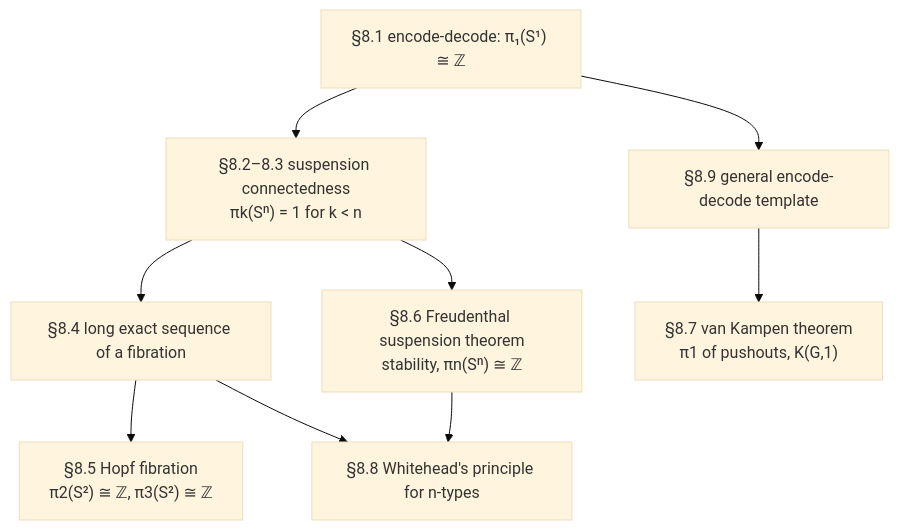
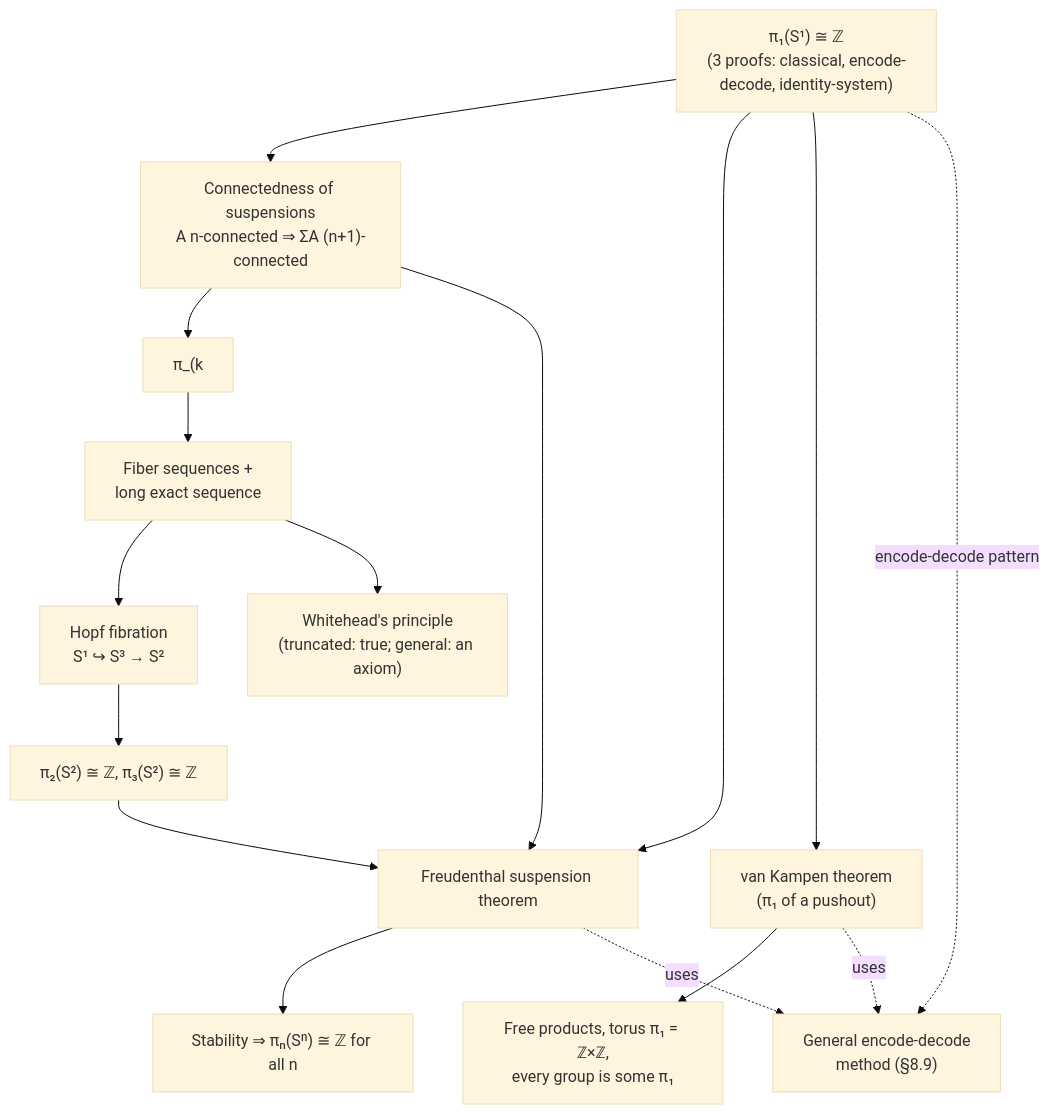
Before and after one commit to superoptimo/type_theory_vaults: the diagram in 14_homotopy_type_theory/Synthetic-Homotopy-Theory.md, drawn with Mermaid (base theme). The commit also changed other lines of this file and 1097 other files, not shown here.

Commit message:
Update vaults books with learning roadmaps

````diff
--- a/14_homotopy_type_theory/Synthetic-Homotopy-Theory.md
+++ b/14_homotopy_type_theory/Synthetic-Homotopy-Theory.md
@@ -308,11 +273,18 @@
 ```mermaid
 flowchart TD
-    A["§8.1 encode-decode: π₁(S¹) ≅ ℤ"] --> B["§8.2–8.3 suspension connectedness<br/>πk(Sⁿ) = 1 for k < n"]
-    A --> H["§8.9 general encode-decode template"]
-    B --> D["§8.4 long exact sequence of a fibration"]
-    D --> E["§8.5 Hopf fibration<br/>π2(S²) ≅ ℤ, π3(S²) ≅ ℤ"]
-    B --> F["§8.6 Freudenthal suspension theorem<br/>stability, πn(Sⁿ) ≅ ℤ"]
-    H --> G["§8.7 van Kampen theorem<br/>π1 of pushouts, K(G,1)"]
-    F --> I["§8.8 Whitehead's principle for n-types"]
-    D --> I
+    A["π₁(S¹) ≅ ℤ<br/>(3 proofs: classical, encode-decode, identity-system)"] --> B["Connectedness of suspensions<br/>A n-connected ⇒ ΣA (n+1)-connected"]
+    B --> C["π_(k<n)(Sⁿ) = 0"]
+    C --> D["Fiber sequences +<br/>long exact sequence"]
+    D --> E["Hopf fibration<br/>S¹ ↪ S³ → S²"]
+    E --> F["π₂(S²) ≅ ℤ, π₃(S²) ≅ ℤ"]
+    A --> G["Freudenthal suspension theorem"]
+    B --> G
+    F --> G
+    G --> H["Stability ⇒ πₙ(Sⁿ) ≅ ℤ for all n"]
+    A --> I["van Kampen theorem<br/>(π₁ of a pushout)"]
+    I --> J["Free products, torus π₁ = ℤ×ℤ,<br/>every group is some π₁"]
+    D --> K["Whitehead's principle<br/>(truncated: true; general: an axiom)"]
+    A -.encode-decode pattern.-> L["General encode-decode<br/>method (§8.9)"]
+    G -.uses.-> L
+    I -.uses.-> L
 ```
````
